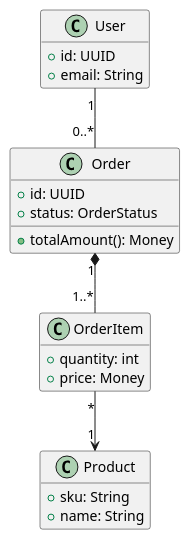
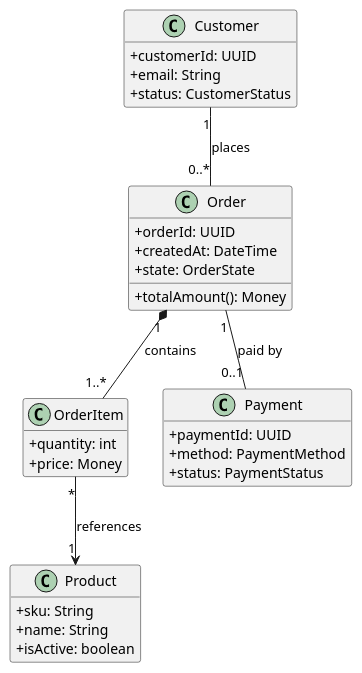
Before and after one commit to iwizy/analyst_kb: the diagram in docs/notations/uml/class.md, drawn with PlantUML. The commit also changed other lines of this file and 20 other files, not shown here.

````diff
--- a/docs/notations/uml/class.md
+++ b/docs/notations/uml/class.md
@@ -18,30 +31,41 @@
 ```kroki-plantuml
 @startuml
 hide empty members
+skinparam classAttributeIconSize 0
 
-class User {
-  +id: UUID
+class Customer {
+  +customerId: UUID
   +email: String
+  +status: CustomerStatus
 }
 
 class Order {
-  +id: UUID
-  +status: OrderStatus
+  +orderId: UUID
+  +createdAt: DateTime
+  +state: OrderState
   +totalAmount(): Money
 }
 
 class OrderItem {
   +quantity: int
   +price: Money
 }
 
 class Product {
   +sku: String
   +name: String
+  +isActive: boolean
 }
 
-User "1" -- "0..*" Order
-Order "1" *-- "1..*" OrderItem
-OrderItem "*" --> "1" Product
+class Payment {
+  +paymentId: UUID
+  +method: PaymentMethod
+  +status: PaymentStatus
+}
+
+Customer "1" -- "0..*" Order : places
+Order "1" *-- "1..*" OrderItem : contains
+OrderItem "*" --> "1" Product : references
+Order "1" -- "0..1" Payment : paid by
 @enduml
 ```
````
